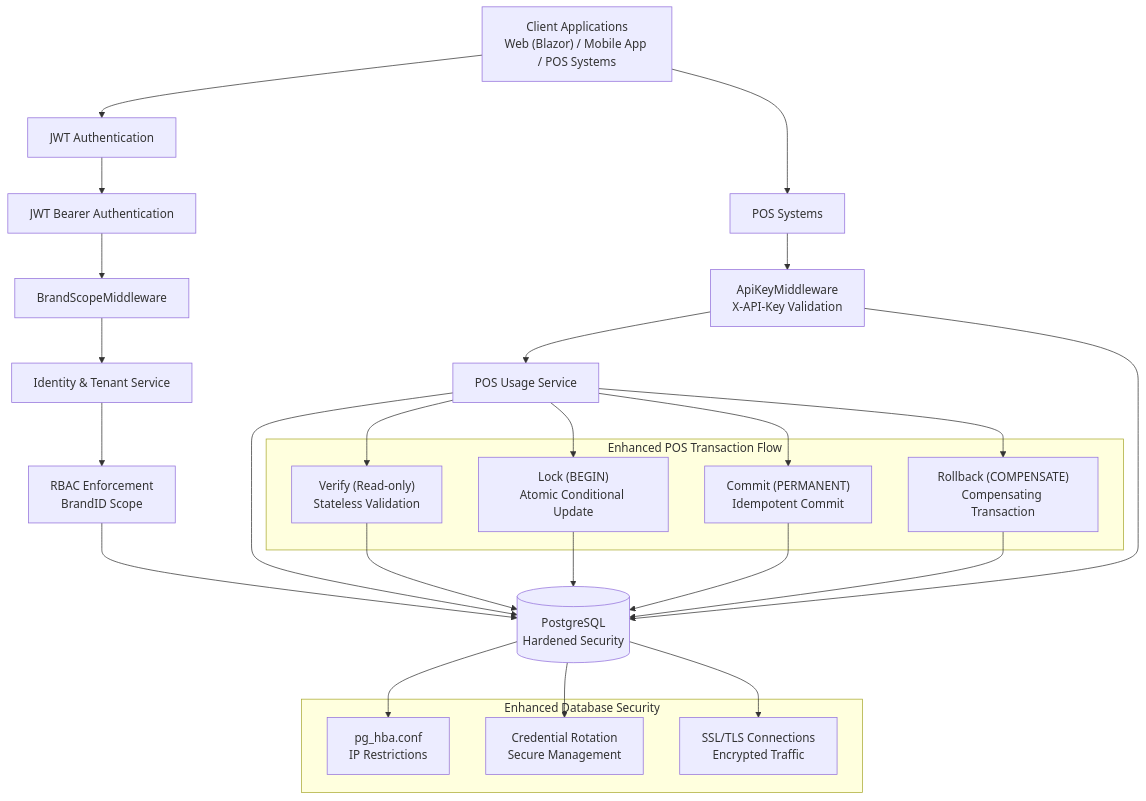
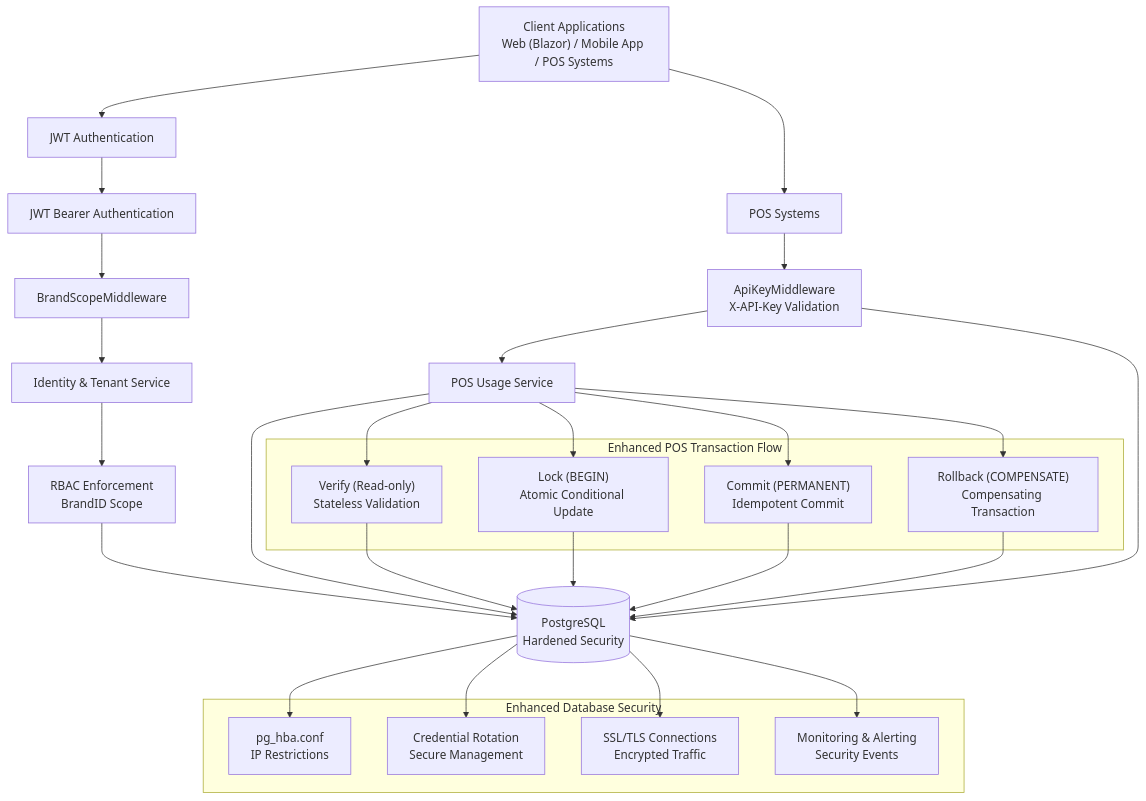
One commit to lamhongbac/NonCash changed the second of 9 diagrams in .qoder/repowiki/en/content/System Architecture/Security Architecture.md. Above: the diagram before and after it, drawn with Mermaid. The commit also changed other lines of this file and 53 other files, not shown here.

````diff
--- a/.qoder/repowiki/en/content/System Architecture/Security Architecture.md
+++ b/.qoder/repowiki/en/content/System Architecture/Security Architecture.md
@@ -183,36 +190,38 @@
 ```mermaid
 graph TB
 Client["Client Applications<br/>Web (Blazor) / Mobile App / POS Systems"] --> Auth["JWT Authentication"]
 Client --> POS["POS Systems"]
 Auth --> JWTMW["JWT Bearer Authentication"]
 JWTMW --> BrandMW["BrandScopeMiddleware"]
 BrandMW --> IdentitySvc["Identity & Tenant Service"]
 IdentitySvc --> RBAC["RBAC Enforcement<br/>BrandID Scope"]
 POS --> ApiKeyMW["ApiKeyMiddleware<br/>X-API-Key Validation"]
 ApiKeyMW --> PosSvc["POS Usage Service"]
 PosSvc --> DB[("PostgreSQL<br/>Hardened Security")]
 RBAC --> DB
 ApiKeyMW --> DB
 subgraph "Enhanced Database Security"
 PGCONF["pg_hba.conf<br/>IP Restrictions"]
 CREDROT["Credential Rotation<br/>Secure Management"]
 SSLCONN["SSL/TLS Connections<br/>Encrypted Traffic"]
+MONITORING["Monitoring & Alerting<br/>Security Events"]
 end
 DB --> PGCONF
 DB --> CREDROT
 DB --> SSLCONN
+DB --> MONITORING
 subgraph "Enhanced POS Transaction Flow"
 Verify["Verify (Read-only)<br/>Stateless Validation"]
 Lock["Lock (BEGIN)<br/>Atomic Conditional Update"]
 Commit["Commit (PERMANENT)<br/>Idempotent Commit"]
 Rollback["Rollback (COMPENSATE)<br/>Compensating Transaction"]
 end
 PosSvc --> Verify
 PosSvc --> Lock
 PosSvc --> Commit
 PosSvc --> Rollback
 Verify --> DB
 Lock --> DB
 Commit --> DB
 Rollback --> DB
 ```
````
